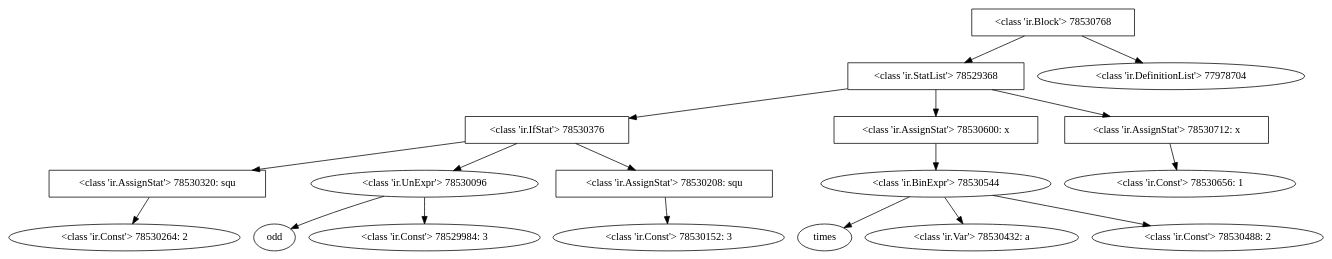
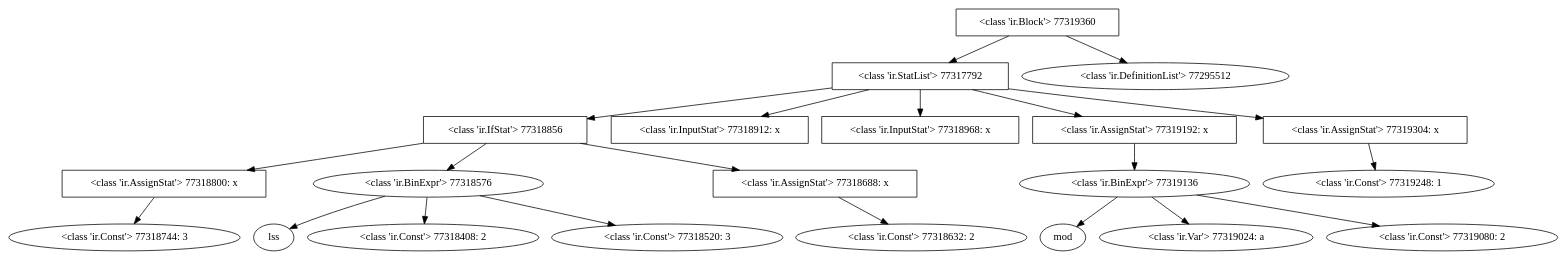
One commit to AloveIs/COT_lab changed the diagram in log.dot. Above: the diagram before and after it, drawn with Graphviz. The commit also changed 10 other files, not shown here.

```diff
--- a/log.dot
+++ b/log.dot
@@ -1,37 +1,43 @@
 digraph G {
-78530768 [shape=box,label="<class 'ir.Block'> 78530768" ];
-78530768 -> 78529368;
-78530768 -> 77978704;
-78529368 [shape=box,label="<class 'ir.StatList'> 78529368" ];
-78529368 -> 78530376 [pos=0];
-78529368 -> 78530600 [pos=1];
-78529368 -> 78530712 [pos=2];
-78530376 [shape=box,label="<class 'ir.IfStat'> 78530376" ];
-78530376 -> 78530320;
-78530376 -> 78530096;
-78530376 -> 78530208;
-78530320 [shape=box,label="<class 'ir.AssignStat'> 78530320: squ" ];
-78530320 -> 78530264;
-78530264 [label="<class 'ir.Const'> 78530264: 2" ];
-78530096 [label="<class 'ir.UnExpr'> 78530096" ];
-78530096 -> 78624048 [pos=0];
-78624048 [label=odd];
-78530096 -> 78529984 [pos=1];
-78529984 [label="<class 'ir.Const'> 78529984: 3" ];
-78530208 [shape=box,label="<class 'ir.AssignStat'> 78530208: squ" ];
-78530208 -> 78530152;
-78530152 [label="<class 'ir.Const'> 78530152: 3" ];
-78530600 [shape=box,label="<class 'ir.AssignStat'> 78530600: x" ];
-78530600 -> 78530544;
-78530544 [label="<class 'ir.BinExpr'> 78530544" ];
-78530544 -> 76435168 [pos=0];
-76435168 [label=times];
-78530544 -> 78530432 [pos=1];
-78530544 -> 78530488 [pos=2];
-78530432 [label="<class 'ir.Var'> 78530432: a" ];
-78530488 [label="<class 'ir.Const'> 78530488: 2" ];
-78530712 [shape=box,label="<class 'ir.AssignStat'> 78530712: x" ];
-78530712 -> 78530656;
-78530656 [label="<class 'ir.Const'> 78530656: 1" ];
-77978704 [label="<class 'ir.DefinitionList'> 77978704" ];
+77319360 [shape=box,label="<class 'ir.Block'> 77319360" ];
+77319360 -> 77317792;
+77319360 -> 77295512;
+77317792 [shape=box,label="<class 'ir.StatList'> 77317792" ];
+77317792 -> 77318856 [pos=0];
+77317792 -> 77318912 [pos=1];
+77317792 -> 77318968 [pos=2];
+77317792 -> 77319192 [pos=3];
+77317792 -> 77319304 [pos=4];
+77318856 [shape=box,label="<class 'ir.IfStat'> 77318856" ];
+77318856 -> 77318800;
+77318856 -> 77318576;
+77318856 -> 77318688;
+77318800 [shape=box,label="<class 'ir.AssignStat'> 77318800: x" ];
+77318800 -> 77318744;
+77318744 [label="<class 'ir.Const'> 77318744: 3" ];
+77318576 [label="<class 'ir.BinExpr'> 77318576" ];
+77318576 -> 77383080 [pos=0];
+77383080 [label=lss];
+77318576 -> 77318408 [pos=1];
+77318576 -> 77318520 [pos=2];
+77318408 [label="<class 'ir.Const'> 77318408: 2" ];
+77318520 [label="<class 'ir.Const'> 77318520: 3" ];
+77318688 [shape=box,label="<class 'ir.AssignStat'> 77318688: x" ];
+77318688 -> 77318632;
+77318632 [label="<class 'ir.Const'> 77318632: 2" ];
+77318912 [shape=box,label="<class 'ir.InputStat'> 77318912: x" ];
+77318968 [shape=box,label="<class 'ir.InputStat'> 77318968: x" ];
+77319192 [shape=box,label="<class 'ir.AssignStat'> 77319192: x" ];
+77319192 -> 77319136;
+77319136 [label="<class 'ir.BinExpr'> 77319136" ];
+77319136 -> 76482200 [pos=0];
+76482200 [label=mod];
+77319136 -> 77319024 [pos=1];
+77319136 -> 77319080 [pos=2];
+77319024 [label="<class 'ir.Var'> 77319024: a" ];
+77319080 [label="<class 'ir.Const'> 77319080: 2" ];
+77319304 [shape=box,label="<class 'ir.AssignStat'> 77319304: x" ];
+77319304 -> 77319248;
+77319248 [label="<class 'ir.Const'> 77319248: 1" ];
+77295512 [label="<class 'ir.DefinitionList'> 77295512" ];
 }
```
